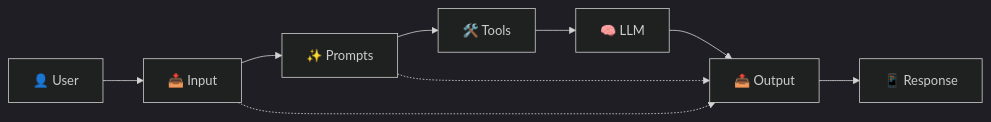
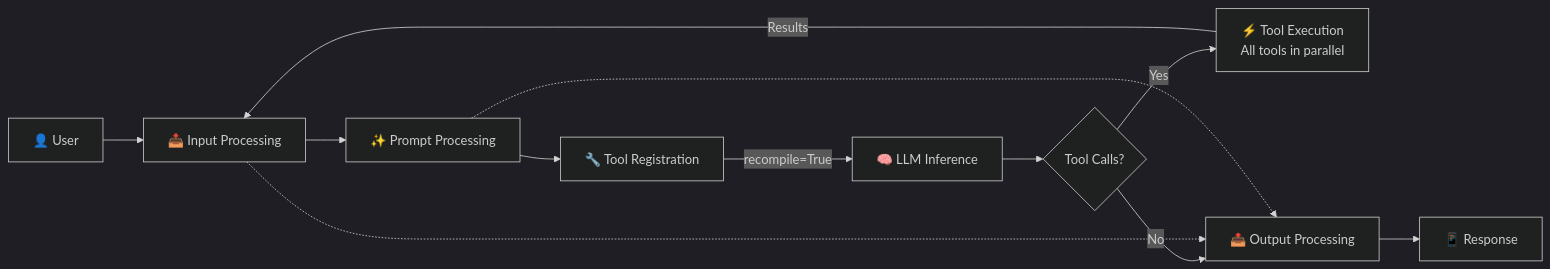
One commit to Ladvien/entity changed the third of 4 diagrams in README.md. Above: the diagram before and after it, drawn with Mermaid (dark theme). The commit also changed other lines of this file, not shown here.

Commit message:
Still working on architecture, back off dude!  jk, luv u.

````diff
--- a/README.md
+++ b/README.md
@@ -955,14 +1036,17 @@
 ```mermaid
 flowchart LR
-    %% Simplified Request Flow
-    User[👤 User] --> Input[📥 Input]
-    Input --> Prompts[✨ Prompts]
-    Prompts --> Tools[🛠️ Tools]
-    Tools --> LLM[🧠 LLM]
-    LLM --> Output[📤 Output]
+    %% Updated Request Flow with Tool Execution
+    User[👤 User] --> Input[📥 Input Processing]
+    Input --> Prompts[✨ Prompt Processing]
+    Prompts --> ToolReg[🔧 Tool Registration]
+    ToolReg --> |recompile=True| LLM[🧠 LLM Inference]
+    LLM --> ToolCalls{Tool Calls?}
+    ToolCalls --> |Yes| ToolExec[⚡ Tool Execution<br/>All tools in parallel]
+    ToolCalls --> |No| Output[📤 Output Processing]
+    ToolExec --> |Results| Input
     Output --> Response[📱 Response]
     
     %% Short circuits
     Input -.-> Output
     Prompts -.-> Output
 ```
````
